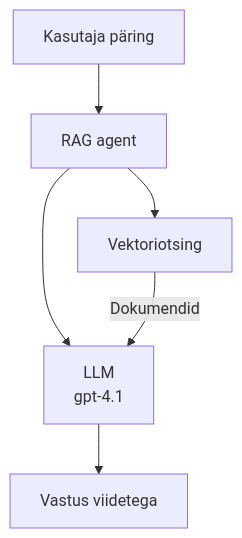
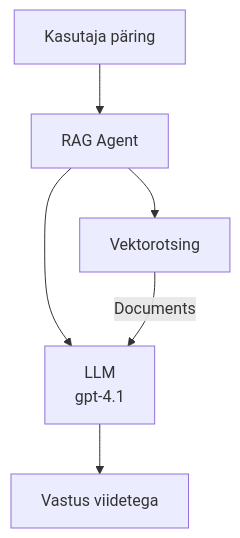
Before and after one commit to microsoft/AZD-for-beginners: the second of 3 diagrams in translations/et/docs/chapter-02-ai-development/agents.md, drawn with Mermaid. The commit also changed other lines of this file and 61 other files, not shown here.

````diff
--- a/translations/et/docs/chapter-02-ai-development/agents.md
+++ b/translations/et/docs/chapter-02-ai-development/agents.md
@@ -181,8 +181,8 @@
 ```mermaid
 graph TD
-    Query[Kasutaja päring] --> RAG[RAG agent]
-    RAG --> Vector[Vektoriotsing]
+    Query[Kasutaja päring] --> RAG[RAG Agent]
+    RAG --> Vector[Vektorotsing]
     RAG --> LLM[LLM<br/>gpt-4.1]
-    Vector -- Dokumendid --> LLM
+    Vector -- Documents --> LLM
     LLM --> Response[Vastus viidetega]
 ```
````
